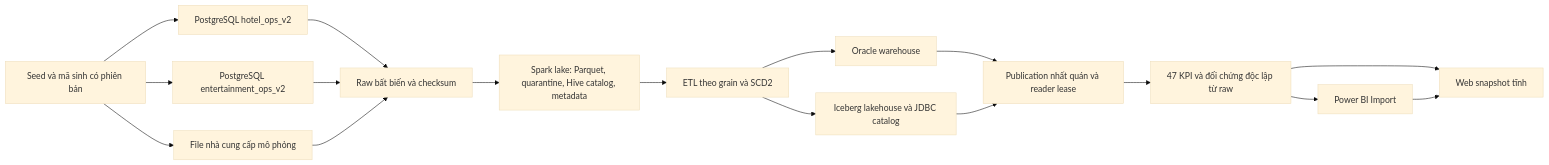
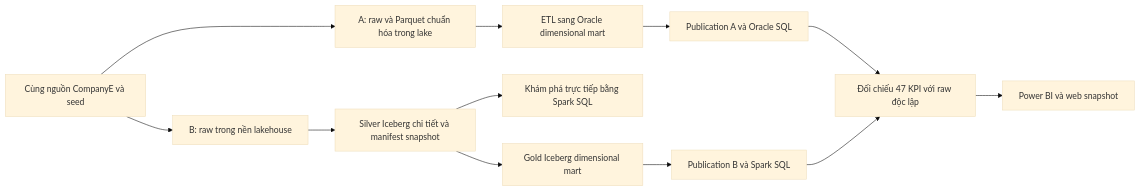
One commit to tranphu1508/DE-CaseCompanyE changed the diagram in README.md. Above: the diagram before and after it, drawn with Mermaid (base theme). The commit also changed other lines of this file and 3 other files, not shown here.

Commit message:
Redesign alternative B as an independent lakehouse with Silver Iceberg

````diff
--- a/README.md
+++ b/README.md
@@ -27,19 +29,14 @@
 ```mermaid
 flowchart LR
-    S[Seed và mã sinh có phiên bản] --> H[PostgreSQL hotel_ops_v2]
-    S --> E[PostgreSQL entertainment_ops_v2]
-    S --> F[File nhà cung cấp mô phỏng]
-    H --> R[Raw bất biến và checksum]
-    E --> R
-    F --> R
-    R --> L[Spark lake: Parquet, quarantine, Hive catalog, metadata]
-    L --> T[ETL theo grain và SCD2]
-    T --> O[Oracle warehouse]
-    T --> I[Iceberg lakehouse và JDBC catalog]
-    O --> P[Publication nhất quán và reader lease]
-    I --> P
-    P --> K[47 KPI và đối chứng độc lập từ raw]
-    K --> B[Power BI Import]
-    K --> W[Web snapshot tĩnh]
-    B --> W
+    S[Cùng nguồn CompanyE và seed] --> A1[A: raw và Parquet chuẩn hóa trong lake]
+    A1 --> A2[ETL sang Oracle dimensional mart]
+    A2 --> A3[Publication A và Oracle SQL]
+    S --> B1[B: raw trong nền lakehouse]
+    B1 --> B2[Silver Iceberg chi tiết và manifest snapshot]
+    B2 --> B3[Khám phá trực tiếp bằng Spark SQL]
+    B2 --> B4[Gold Iceberg dimensional mart]
+    B4 --> B5[Publication B và Spark SQL]
+    A3 --> K[Đối chiếu 47 KPI với raw độc lập]
+    B5 --> K
+    K --> V[Power BI và web snapshot]
 ```
````
